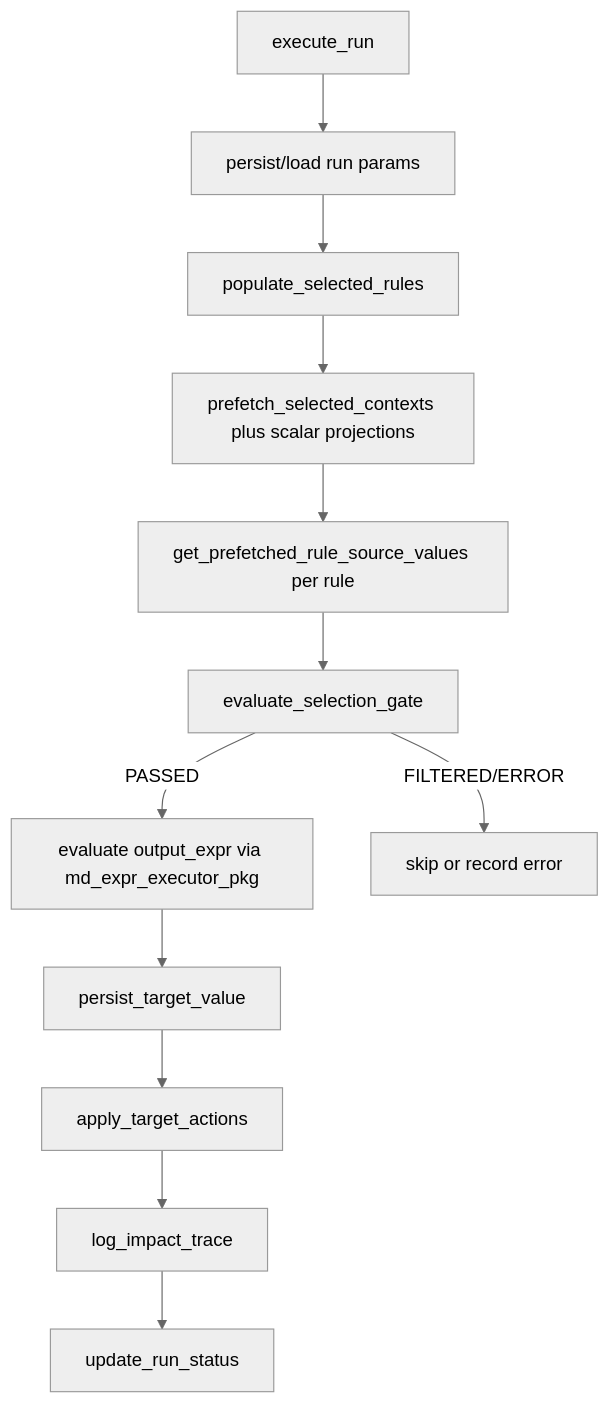
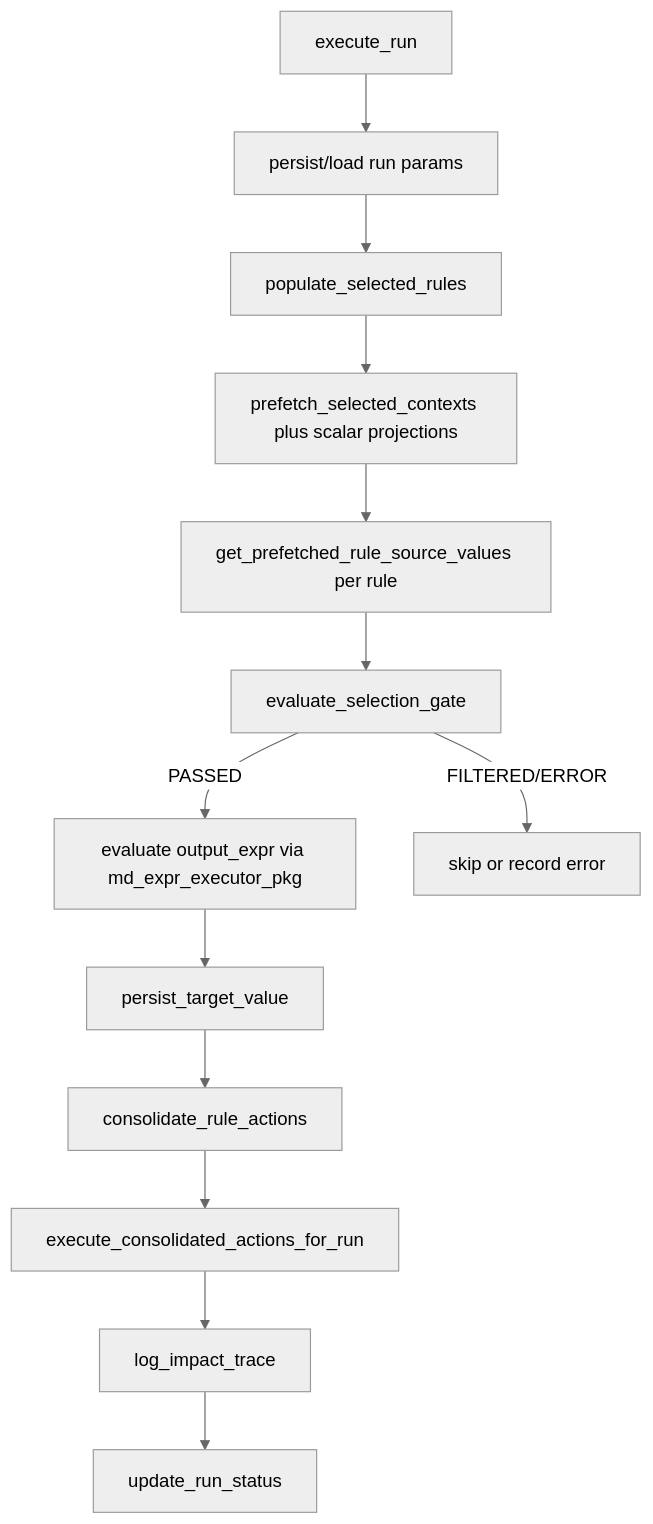
One commit to imrnaqvi/delta changed the first of 2 diagrams in docs/system-architecture.md. Above: the diagram before and after it, drawn with Mermaid (neutral theme). The commit also changed other lines of this file and 15 other files, not shown here.

````diff
--- a/docs/system-architecture.md
+++ b/docs/system-architecture.md
@@ -26,14 +27,15 @@
 ```mermaid
 flowchart TD
   A[execute_run] --> B[persist/load run params]
   B --> C[populate_selected_rules]
   C --> D[prefetch_selected_contexts plus scalar projections]
   D --> E[get_prefetched_rule_source_values per rule]
   E --> F[evaluate_selection_gate]
   F -->|PASSED| G[evaluate output_expr via md_expr_executor_pkg]
   F -->|FILTERED/ERROR| H[skip or record error]
   G --> I[persist_target_value]
-  I --> J[apply_target_actions]
-  J --> K[log_impact_trace]
-  K --> L[update_run_status]
+  I --> J[consolidate_rule_actions]
+  J --> K[execute_consolidated_actions_for_run]
+  K --> L[log_impact_trace]
+  L --> M[update_run_status]
 ```
````
